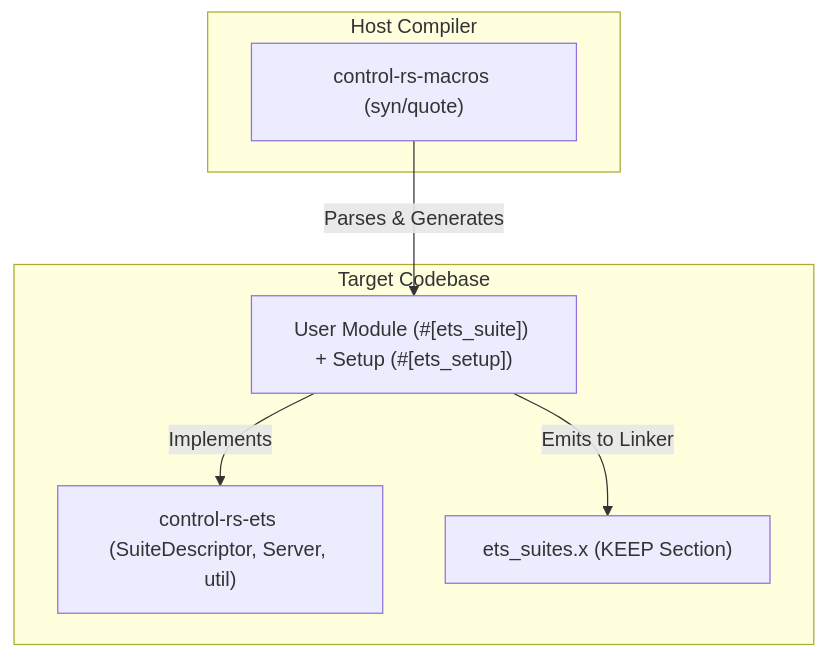
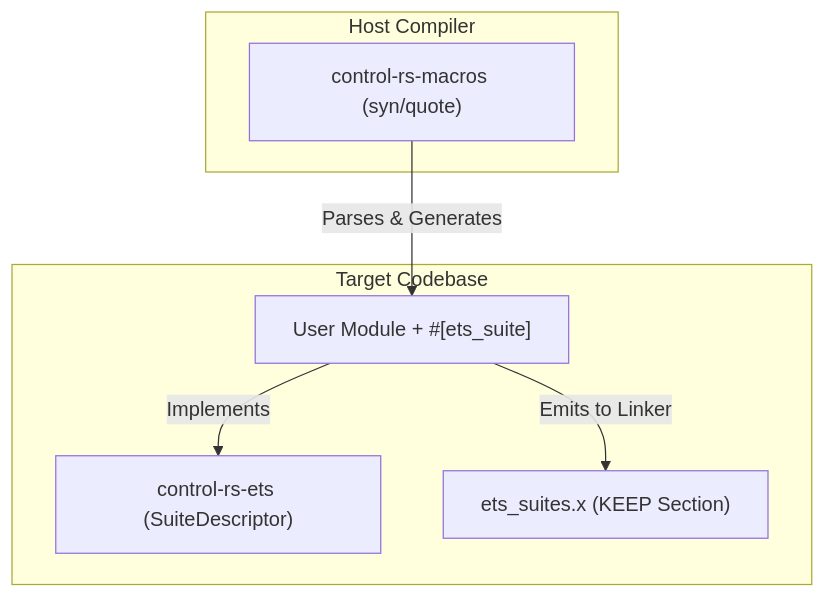
One commit to Dyse-Industries/control-rs changed the diagram in documentation/ets/macros-design.md. Above: the diagram before and after it, drawn with Mermaid. The commit also changed other lines of this file and 10 other files, not shown here.

````diff
--- a/documentation/ets/macros-design.md
+++ b/documentation/ets/macros-design.md
@@ -73,16 +79,16 @@
 ```mermaid
 flowchart TD
     subgraph Host ["Host Compiler"]
         Macros["control-rs-macros (syn/quote)"]
     end
 
     subgraph Target ["Target Codebase"]
-        UserCode["User Module (#[ets_suite]) + Setup (#[ets_setup])"]
-        ETS["control-rs-ets (SuiteDescriptor, Server, util)"]
+        UserCode["User Module + #[ets_suite]"]
+        ETS["control-rs-ets (SuiteDescriptor)"]
         LinkerScript["ets_suites.x (KEEP Section)"]
     end
 
     Macros -->|Parses & Generates| UserCode
     UserCode -->|Implements| ETS
     UserCode -->|Emits to Linker| LinkerScript
 ```
````
